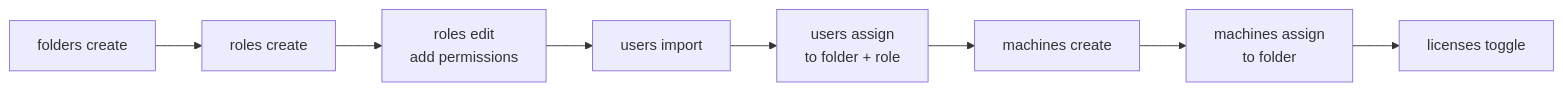
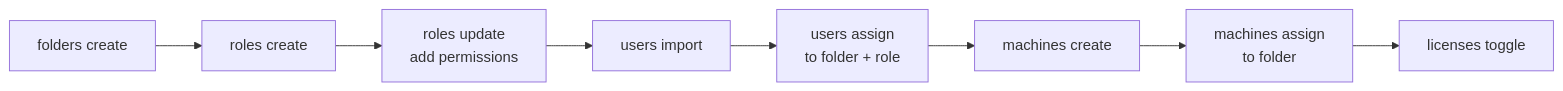
Before and after one commit to UiPath/skills: the diagram in skills/uipath-platform/references/orchestrator/setup-environment.md, drawn with Mermaid. The commit also changed other lines of this file and 8 other files, not shown here.

````diff
--- a/skills/uipath-platform/references/orchestrator/setup-environment.md
+++ b/skills/uipath-platform/references/orchestrator/setup-environment.md
@@ -24,10 +24,10 @@
 ```mermaid
 graph LR
     A[folders create] --> B[roles create]
-    B --> C[roles edit<br/>add permissions]
+    B --> C[roles update<br/>add permissions]
     C --> D[users import]
     D --> E[users assign<br/>to folder + role]
     E --> F[machines create]
     F --> G[machines assign<br/>to folder]
     G --> H[licenses toggle]
 ```
````
